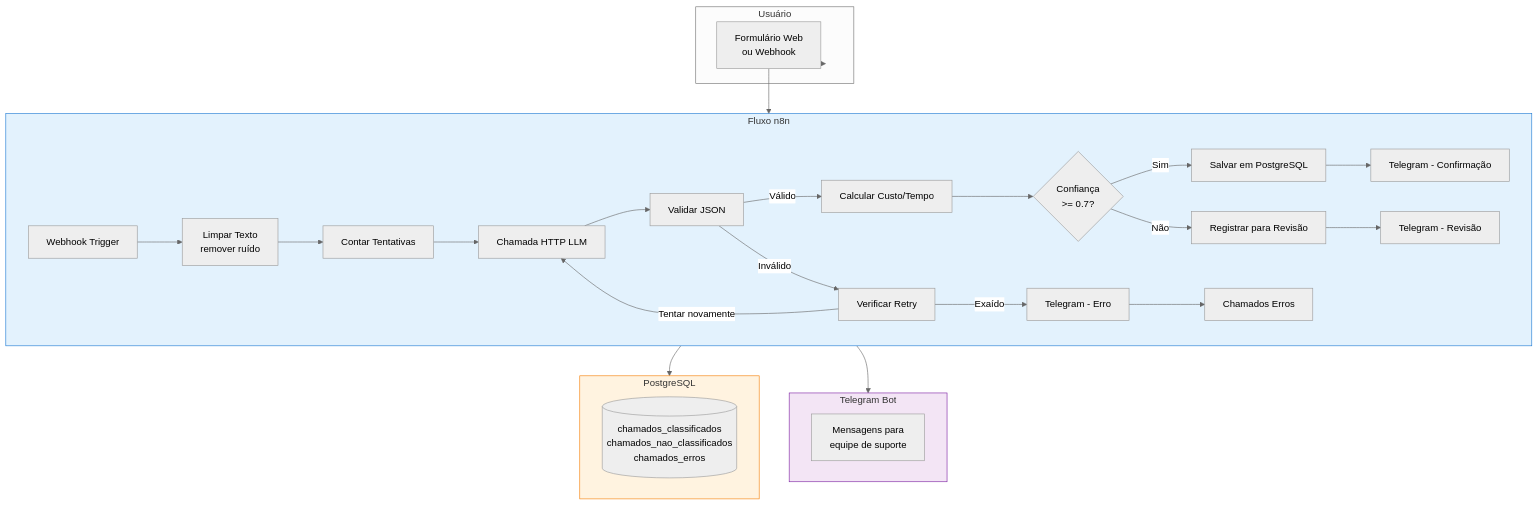
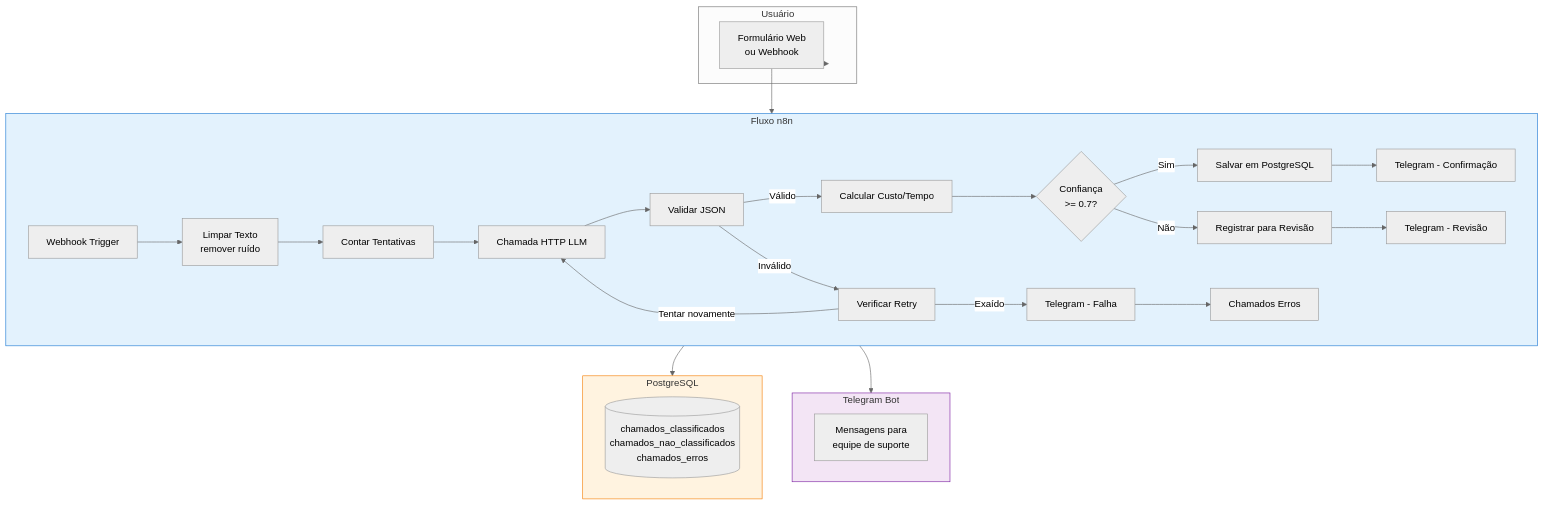
One commit to Hey-Pablo/triagem-chamados-ia changed the diagram in README.md. Above: the diagram before and after it, drawn with Mermaid (neutral theme). The commit also changed other lines of this file and 1 other file, not shown here.

Commit message:
docs: corrigir feedback do PR #4 - API Anthropic, sintaxe Telegram, README

````diff
--- a/README.md
+++ b/README.md
@@ -17,40 +17,40 @@
 ```mermaid
 flowchart TD
     subgraph Usuario["Usuário"]
         A[Formulário Web<br/>ou Webhook]
     end
 
     subgraph N8N["Fluxo n8n"]
         B[Webhook Trigger] --> C[Limpar Texto<br/>remover ruído]
         C --> D[Contar Tentativas]
         D --> E[Chamada HTTP LLM]
         E --> F[Validar JSON]
         F -->|Válido| G[Calcular Custo/Tempo]
         G --> H{Confiança<br/>>= 0.7?}
         H -->|Sim| I[Salvar em PostgreSQL]
         I --> J[Telegram - Confirmação]
         H -->|Não| K[Registrar para Revisão]
         K --> L[Telegram - Revisão]
         F -->|Inválido| M[Verificar Retry]
         M -->|Tentar novamente| E
-        M -->|Exaído| N[Telegram - Erro]
+        M -->|Exaído| N[Telegram - Falha]
         N --> O[Chamados Erros]
     end
 
     subgraph Banco["PostgreSQL"]
         P[(chamados_classificados<br/>chamados_nao_classificados<br/>chamados_erros)]
     end
 
     subgraph Notificacao["Telegram Bot"]
         Q[Mensagens para<br/>equipe de suporte]
     end
 
     Usuario --> A
     A --> N8N
     N8N --> Banco
     N8N --> Notificacao
 
     style N8N fill:#e3f2fd,stroke:#1976d2
     style Banco fill:#fff3e0,stroke:#f57c00
     style Notificacao fill:#f3e5f5,stroke:#7b1fa2
 ```
````
